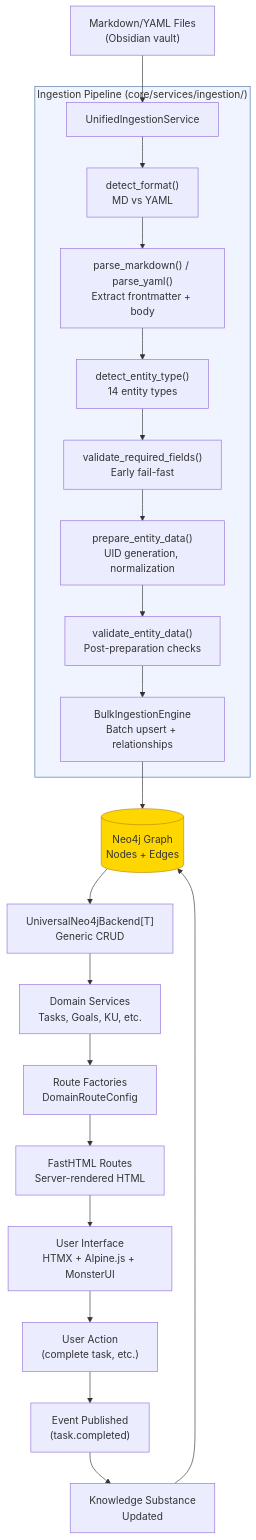
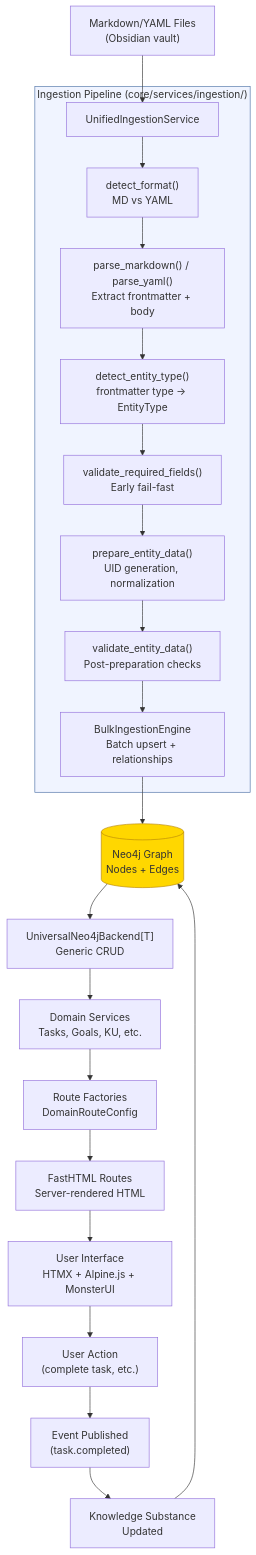
Before and after one commit to linguistic76/skuel: the first of 4 diagrams in app/docs/diagrams/ingestion_architecture.md, drawn with Mermaid. The commit also changed 19 other files, not shown here.

````diff
--- a/app/docs/diagrams/ingestion_architecture.md
+++ b/app/docs/diagrams/ingestion_architecture.md
@@ -15,30 +15,30 @@
 ```mermaid
 flowchart TD
     A["Markdown/YAML Files<br/>(Obsidian vault)"] --> B["UnifiedIngestionService"]
 
     subgraph Ingestion["Ingestion Pipeline (core/services/ingestion/)"]
         B --> C["detect_format()<br/>MD vs YAML"]
         C --> D["parse_markdown() / parse_yaml()<br/>Extract frontmatter + body"]
-        D --> E["detect_entity_type()<br/>14 entity types"]
+        D --> E["detect_entity_type()<br/>frontmatter type → EntityType"]
         E --> F["validate_required_fields()<br/>Early fail-fast"]
         F --> G["prepare_entity_data()<br/>UID generation, normalization"]
         G --> H["validate_entity_data()<br/>Post-preparation checks"]
         H --> I["BulkIngestionEngine<br/>Batch upsert + relationships"]
     end
 
     I --> J[("Neo4j Graph<br/>Nodes + Edges")]
 
     J --> K["UniversalNeo4jBackend[T]<br/>Generic CRUD"]
     K --> L["Domain Services<br/>Tasks, Goals, KU, etc."]
     L --> M["Route Factories<br/>DomainRouteConfig"]
     M --> N["FastHTML Routes<br/>Server-rendered HTML"]
     N --> O["User Interface<br/>HTMX + Alpine.js + MonsterUI"]
 
     O --> P["User Action<br/>(complete task, etc.)"]
     P --> Q["Event Published<br/>(task.completed)"]
     Q --> R["Knowledge Substance<br/>Updated"]
     R --> J
 
     style Ingestion fill:#f0f4ff,stroke:#4a6fa5
     style J fill:#ffd700,stroke:#b8860b
 ```
````
